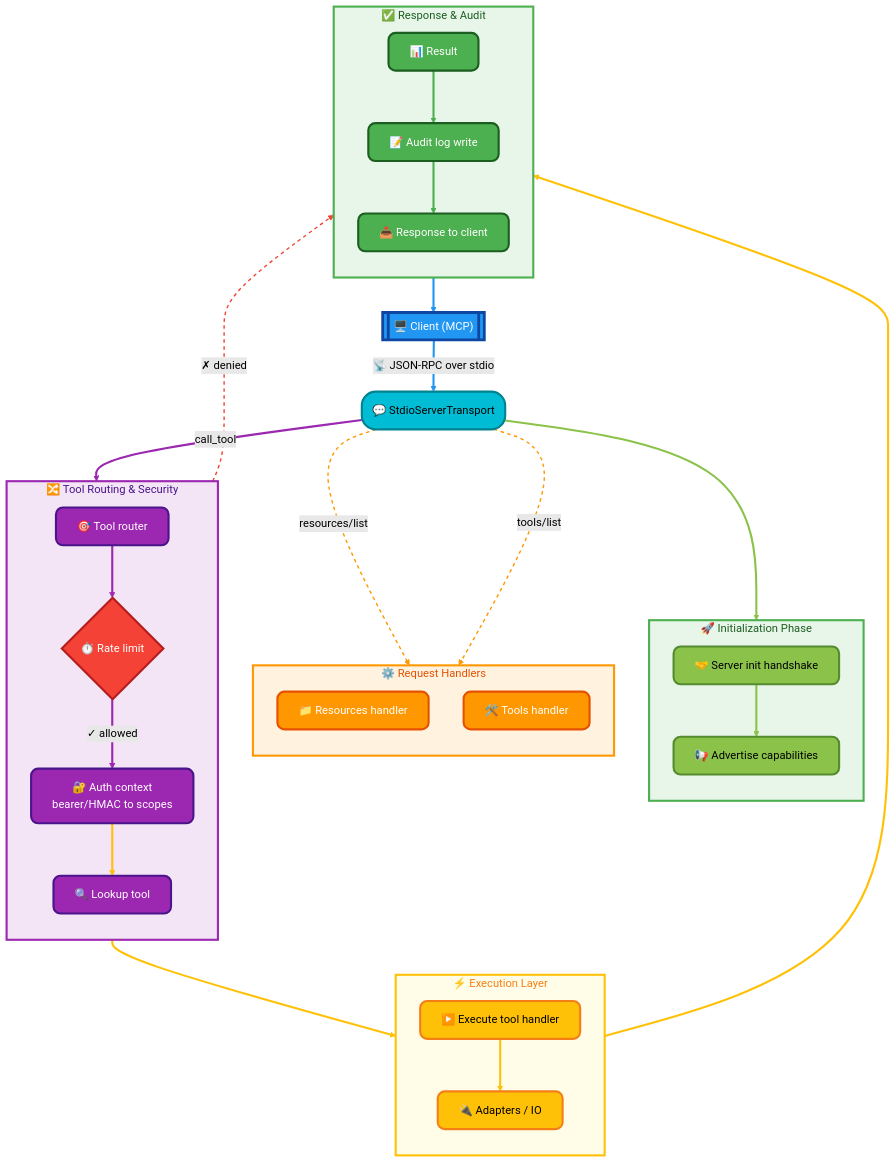
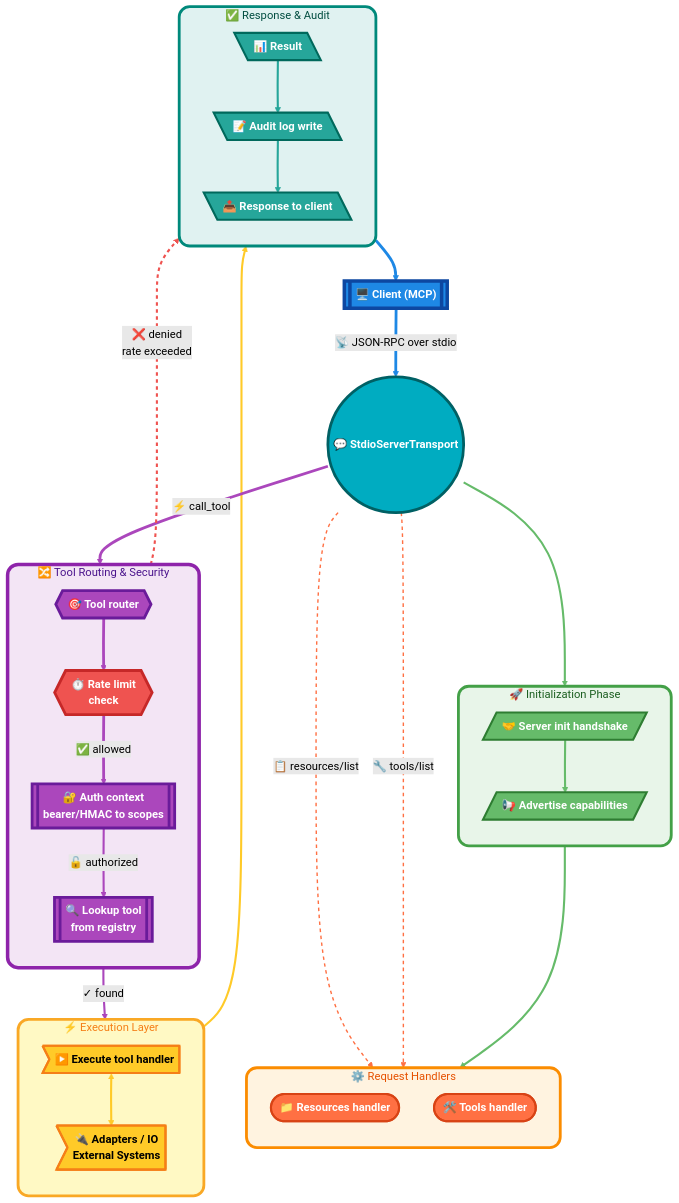
Before and after one commit to toolate28/coherence-mcp: the diagram in docs/flow.md, drawn with Mermaid (forest theme). The commit also changed 1 other file, not shown here.

Commit message:
Enhanced Mermaid diagrams with better shapes, colors, and styling

````diff
--- a/docs/flow.md
+++ b/docs/flow.md
@@ -17,65 +17,66 @@
 ```mermaid
 flowchart TD
-  A[["🖥️ Client (MCP)"]] -->|"📡 JSON-RPC over stdio"| B("💬 StdioServerTransport")
+  A[["🖥️ Client (MCP)"]] -->|"📡 JSON-RPC over stdio"| B(("💬 StdioServerTransport"))
   
   subgraph initialization["🚀 Initialization Phase"]
     direction TB
-    C["🤝 Server init handshake"]
-    D["📢 Advertise capabilities"]
+    C[/"🤝 Server init handshake"/]
+    D[/"📢 Advertise capabilities"/]
   end
   
   subgraph handlers["⚙️ Request Handlers"]
     direction TB
-    E["📁 Resources handler"]
-    F["🛠️ Tools handler"]
+    E(["📁 Resources handler"])
+    F(["🛠️ Tools handler"])
   end
   
   subgraph routing["🔀 Tool Routing & Security"]
     direction TB
-    G["🎯 Tool router"]
-    H{"⏱️ Rate limit"}
-    I["🔐 Auth context<br/>bearer/HMAC to scopes"]
-    J["🔍 Lookup tool"]
+    G{{"🎯 Tool router"}}
+    H{{"⏱️ Rate limit<br/>check"}}
+    I[["🔐 Auth context<br/>bearer/HMAC to scopes"]]
+    J[["🔍 Lookup tool<br/>from registry"]]
   end
   
   subgraph execution["⚡ Execution Layer"]
     direction TB
-    K["▶️ Execute tool handler"]
-    L["🔌 Adapters / IO"]
+    K>"▶️ Execute tool handler"]
+    L>"🔌 Adapters / IO<br/>External Systems"]
   end
   
   subgraph response["✅ Response & Audit"]
     direction TB
-    M["📊 Result"]
-    N["📝 Audit log write"]
-    O["📤 Response to client"]
+    M[\"📊 Result"\]
+    N[\"📝 Audit log write"\]
+    O[\"📤 Response to client"\]
   end
   
   B ==> C
   C ==> D
-  B -.->|"resources/list"| E
-  B -.->|"tools/list"| F
-  B ==>|"call_tool"| G
+  D ==> handlers
+  B -.->|"📋 resources/list"| E
+  B -.->|"🔧 tools/list"| F
+  B ==>|"⚡ call_tool"| G
   G ==> H
-  H ==>|"✓ allowed"| I
-  H -.->|"✗ denied"| O
-  I ==> J
-  J ==> K
-  K ==> L
+  H ==>|"✅ allowed"| I
+  H -.->|"❌ denied<br/>rate exceeded"| O
+  I ==>|"🔓 authorized"| J
+  J ==>|"✓ found"| K
+  K <--> L
   K ==> M
   M ==> N
   N ==> O
   O ==> A
   
-  %% Enhanced Styling
-  classDef clientStyle fill:#2196F3,stroke:#0D47A1,stroke-width:4px,color:#fff,rx:15,ry:15
-  classDef transportStyle fill:#00BCD4,stroke:#00838F,stroke-width:3px,color:#000,rx:20,ry:20
-  classDef initStyle fill:#8BC34A,stroke:#558B2F,stroke-width:3px,color:#000,rx:10,ry:10
-  classDef handlerStyle fill:#FF9800,stroke:#E65100,stroke-width:3px,color:#fff,rx:10,ry:10
-  classDef securityStyle fill:#9C27B0,stroke:#4A148C,stroke-width:3px,color:#fff,rx:10,ry:10
-  classDef executionStyle fill:#FFC107,stroke:#F57F17,stroke-width:3px,color:#000,rx:10,ry:10
-  classDef auditStyle fill:#4CAF50,stroke:#1B5E20,stroke-width:3px,color:#fff,rx:10,ry:10
-  classDef limitStyle fill:#F44336,stroke:#B71C1C,stroke-width:3px,color:#fff
+  %% Enhanced Styling with Modern Colors
+  classDef clientStyle fill:#1E88E5,stroke:#0D47A1,stroke-width:5px,color:#fff,font-weight:bold
+  classDef transportStyle fill:#00ACC1,stroke:#006064,stroke-width:4px,color:#fff,font-weight:bold
+  classDef initStyle fill:#66BB6A,stroke:#2E7D32,stroke-width:3px,color:#fff,font-weight:bold
+  classDef handlerStyle fill:#FF7043,stroke:#D84315,stroke-width:3px,color:#fff,font-weight:bold
+  classDef securityStyle fill:#AB47BC,stroke:#6A1B9A,stroke-width:4px,color:#fff,font-weight:bold
+  classDef executionStyle fill:#FFCA28,stroke:#F57F17,stroke-width:3px,color:#000,font-weight:bold
+  classDef auditStyle fill:#26A69A,stroke:#00695C,stroke-width:3px,color:#fff,font-weight:bold
+  classDef limitStyle fill:#EF5350,stroke:#C62828,stroke-width:4px,color:#fff,font-weight:bold
   
   class A clientStyle
   class B transportStyle
@@ -86,20 +87,21 @@
   class K,L executionStyle
   class M,N,O auditStyle
   
-  %% Subgraph Styling
-  style initialization fill:#E8F5E9,stroke:#4CAF50,stroke-width:3px,color:#1B5E20
-  style handlers fill:#FFF3E0,stroke:#FF9800,stroke-width:3px,color:#E65100
-  style routing fill:#F3E5F5,stroke:#9C27B0,stroke-width:3px,color:#4A148C
-  style execution fill:#FFFDE7,stroke:#FFC107,stroke-width:3px,color:#F57F17
-  style response fill:#E8F5E9,stroke:#4CAF50,stroke-width:3px,color:#1B5E20
+  %% Subgraph Styling with Enhanced Colors and Borders
+  style initialization fill:#E8F5E9,stroke:#43A047,stroke-width:4px,color:#1B5E20,rx:15,ry:15
+  style handlers fill:#FFF3E0,stroke:#FB8C00,stroke-width:4px,color:#E65100,rx:15,ry:15
+  style routing fill:#F3E5F5,stroke:#8E24AA,stroke-width:5px,color:#4A148C,rx:15,ry:15
+  style execution fill:#FFF9C4,stroke:#F9A825,stroke-width:4px,color:#F57F17,rx:15,ry:15
+  style response fill:#E0F2F1,stroke:#00897B,stroke-width:4px,color:#004D40,rx:15,ry:15
   
-  %% Link Styling
-  linkStyle 0 stroke:#2196F3,stroke-width:3px
-  linkStyle 1,2 stroke:#8BC34A,stroke-width:3px
-  linkStyle 3,4 stroke:#FF9800,stroke-width:2px,stroke-dasharray:5
-  linkStyle 5,6,7 stroke:#9C27B0,stroke-width:3px
-  linkStyle 8 stroke:#F44336,stroke-width:2px,stroke-dasharray:5
-  linkStyle 9,10,11,12 stroke:#FFC107,stroke-width:3px
-  linkStyle 13,14 stroke:#4CAF50,stroke-width:3px
-  linkStyle 15 stroke:#2196F3,stroke-width:3px
+  %% Link Styling with Enhanced Colors and Width
+  linkStyle 0 stroke:#1E88E5,stroke-width:4px
+  linkStyle 1,2,3 stroke:#66BB6A,stroke-width:3px
+  linkStyle 4,5 stroke:#FF7043,stroke-width:2px,stroke-dasharray:5 5
+  linkStyle 6,7,8 stroke:#AB47BC,stroke-width:4px
+  linkStyle 9 stroke:#EF5350,stroke-width:3px,stroke-dasharray:5 5
+  linkStyle 10,11 stroke:#AB47BC,stroke-width:3px
+  linkStyle 12,13 stroke:#FFCA28,stroke-width:3px
+  linkStyle 14,15 stroke:#26A69A,stroke-width:3px
+  linkStyle 16 stroke:#1E88E5,stroke-width:4px
 ```
````
